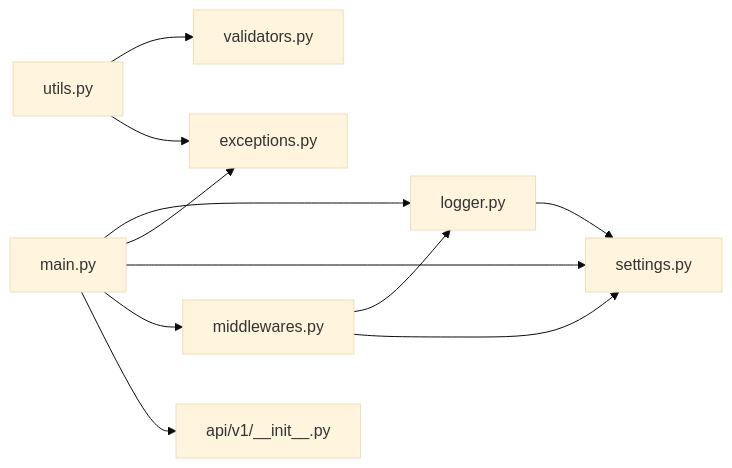
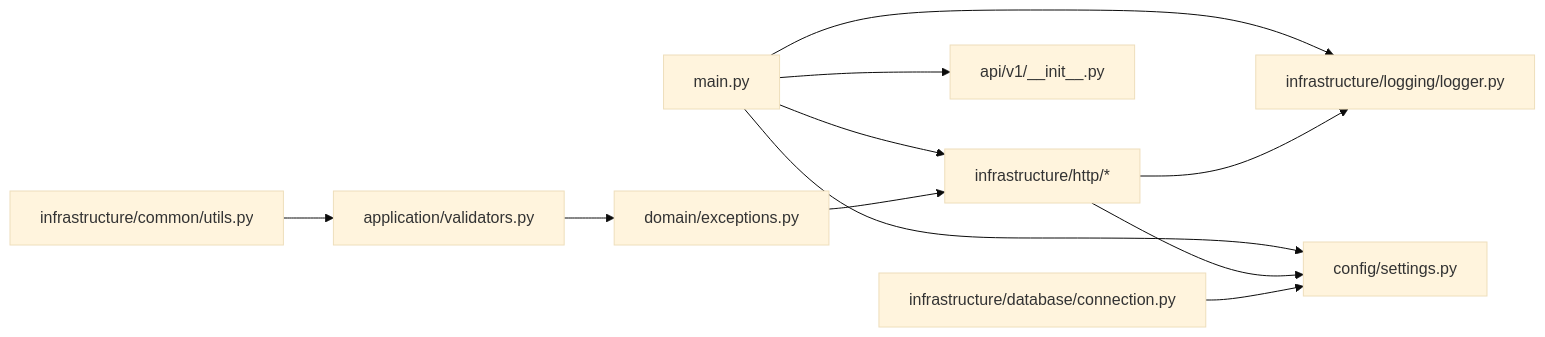
The seventh of 7 diagrams in .qoder/repowiki/zh/content/核心模块/核心模块.md (taoweidong/Hello-FastApi), drawn with Mermaid (base theme) before and after one commit. The commit also changed other lines of this file and 22 other files, not shown here.

````diff
--- a/.qoder/repowiki/zh/content/核心模块/核心模块.md
+++ b/.qoder/repowiki/zh/content/核心模块/核心模块.md
@@ -353,13 +406,13 @@
 ```mermaid
 graph LR
-MAIN["main.py"] --> L["logger.py"]
-MAIN --> E["exceptions.py"]
-MAIN --> S["settings.py"]
-MAIN --> M["middlewares.py"]
+MAIN["main.py"] --> INF_LOG["infrastructure/logging/logger.py"]
+MAIN --> INF_HTTP["infrastructure/http/*"]
+MAIN --> CFG["config/settings.py"]
 MAIN --> API["api/v1/__init__.py"]
-L --> S
-M --> L
-M --> S
-U["utils.py"] --> V["validators.py"]
-U --> E
+INF_HTTP --> INF_LOG
+INF_HTTP --> CFG
+DOMAIN["domain/exceptions.py"] --> INF_HTTP
+INF_DB["infrastructure/database/connection.py"] --> CFG
+INF_COMMON["infrastructure/common/utils.py"] --> APP_VALIDATORS["application/validators.py"]
+APP_VALIDATORS --> DOMAIN
 ```
````
